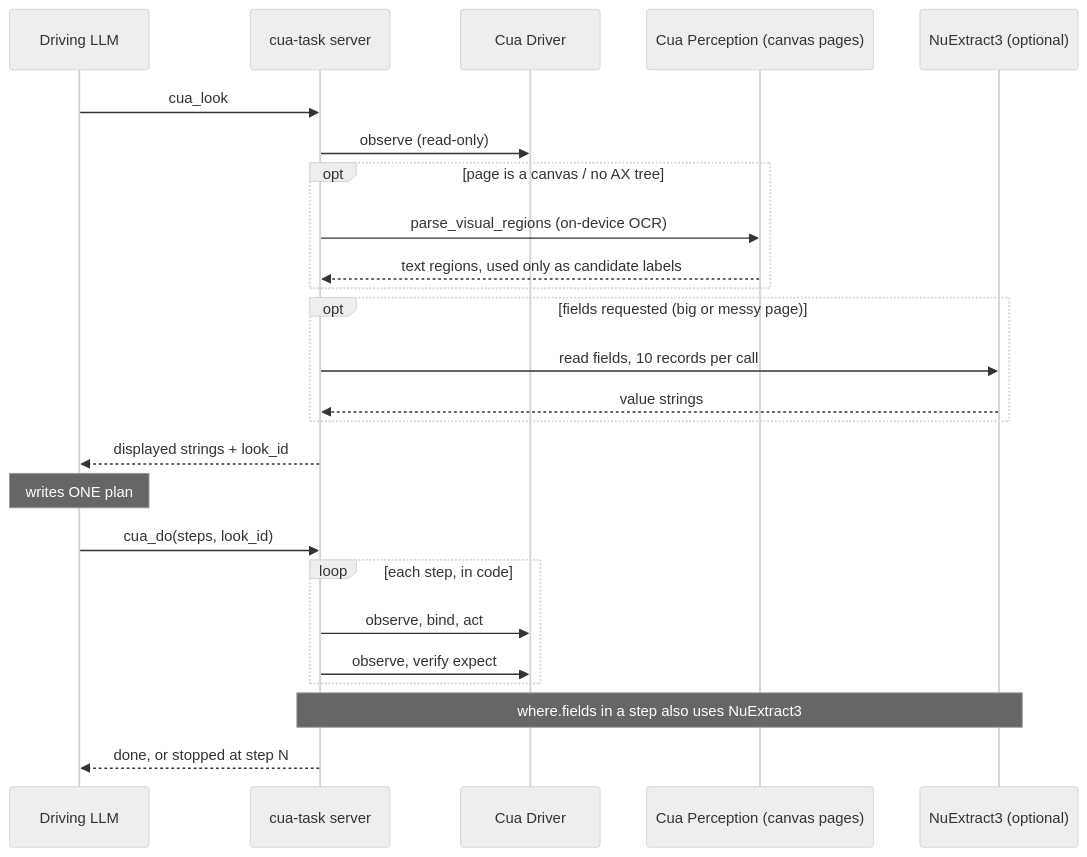
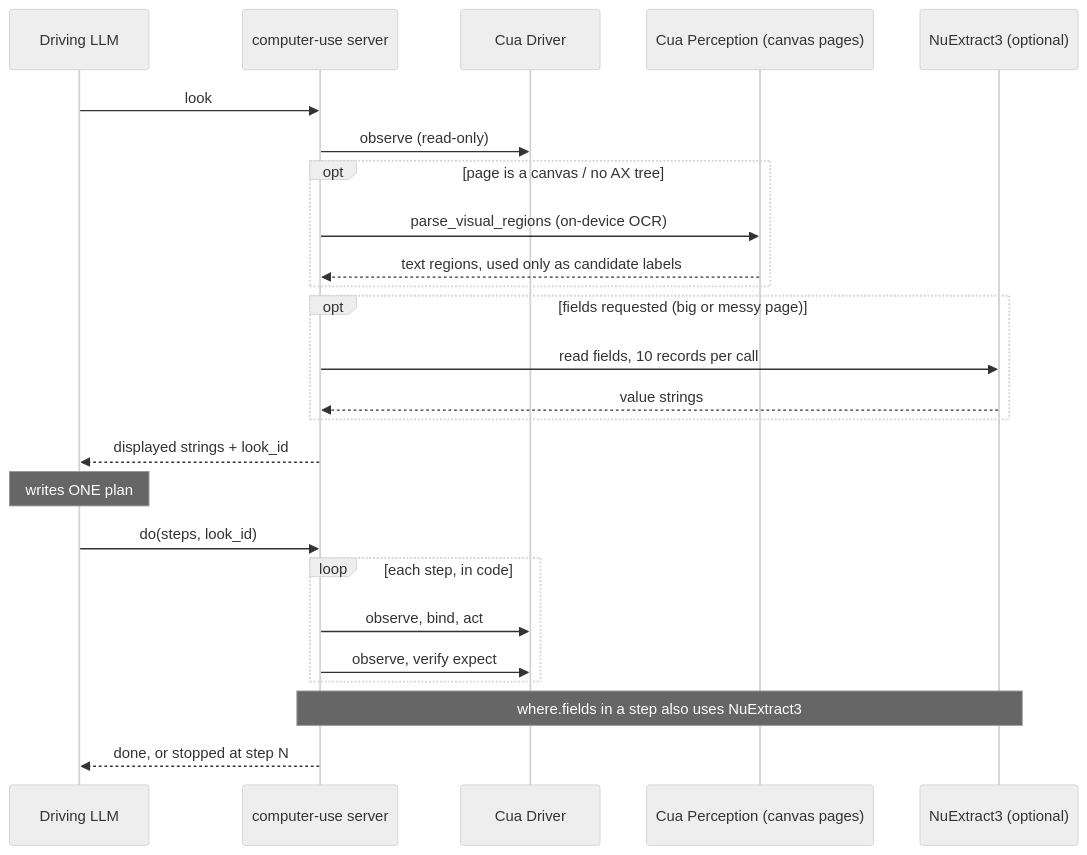
The diagram in README.md (open-horizon-labs/computer-use), drawn with Mermaid (neutral theme) before and after one commit. The commit also changed other lines of this file and 89 other files, not shown here.

Commit message:
feat!: drop the cua_ prefix: tools look/do/..., MCP server computer-use; facade/ -> computer_use/, skill dir -> skills/computer-use (#53)

````diff
--- a/README.md
+++ b/README.md
@@ -37,27 +37,27 @@
 ```mermaid
 sequenceDiagram
     participant L as Driving LLM
-    participant S as cua-task server
+    participant S as computer-use server
     participant D as Cua Driver
     participant P as Cua Perception (canvas pages)
     participant N as NuExtract3 (optional)
-    L->>S: cua_look
+    L->>S: look
     S->>D: observe (read-only)
     opt page is a canvas / no AX tree
         S->>P: parse_visual_regions (on-device OCR)
         P-->>S: text regions, used only as candidate labels
     end
     opt fields requested (big or messy page)
         S->>N: read fields, 10 records per call
         N-->>S: value strings
     end
     S-->>L: displayed strings + look_id
     Note over L: writes ONE plan
-    L->>S: cua_do(steps, look_id)
+    L->>S: do(steps, look_id)
     loop each step, in code
         S->>D: observe, bind, act
         S->>D: observe, verify expect
     end
     Note over S,N: where.fields in a step also uses NuExtract3
     S-->>L: done, or stopped at step N
 ```
````
